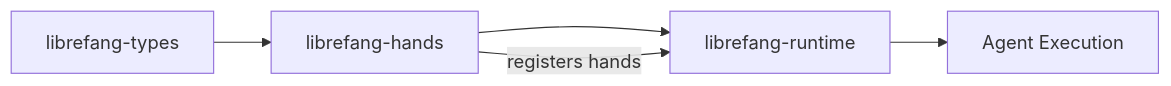
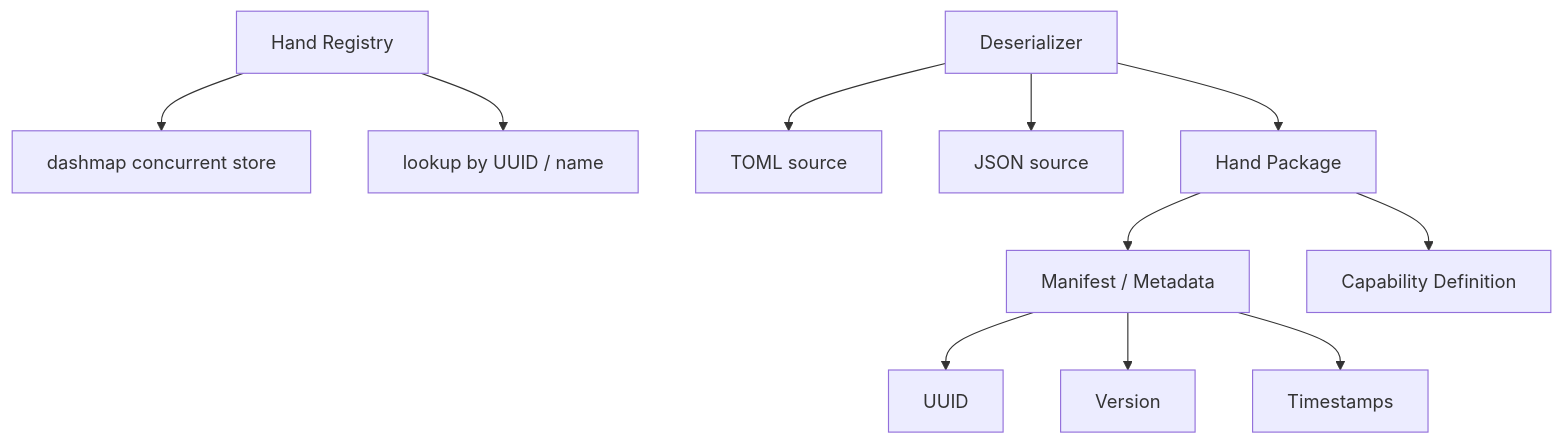
The diagram in other-librefang-hands.md (leszek3737/librefang-WIki), drawn with Mermaid before and after one commit. The commit also changed other lines of this file and 125 other files, not shown here.

````diff
--- a/other-librefang-hands.md
+++ b/other-librefang-hands.md
@@ -56,7 +15,13 @@
 ```mermaid
-graph LR
-    A[librefang-types] --> B[librefang-hands]
-    B --> C[librefang-runtime]
-    C --> D[Agent Execution]
-    B -- registers hands --> C
+graph TD
+    A[Hand Package] --> B[Manifest / Metadata]
+    A --> C[Capability Definition]
+    B --> D[UUID]
+    B --> E[Version]
+    B --> F[Timestamps]
+    G[Hand Registry] --> H[dashmap concurrent store]
+    G --> I[lookup by UUID / name]
+    J[Deserializer] --> K[TOML source]
+    J --> L[JSON source]
+    J --> A
 ```
````
